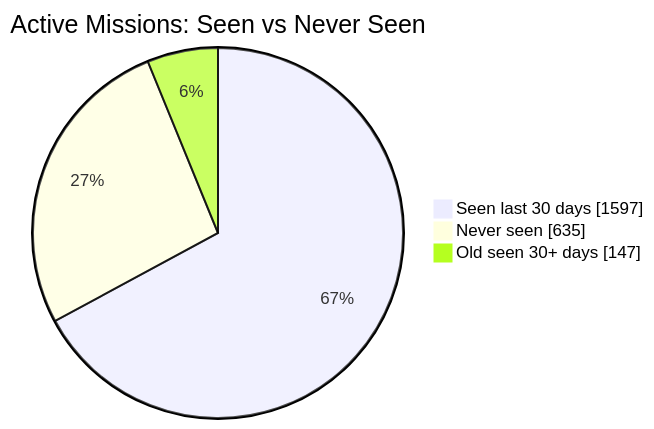
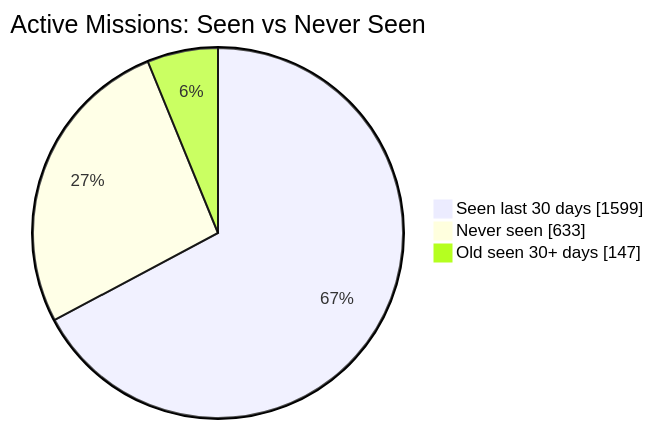
One commit to MeldkamerspelGameTeam/active-missions changed the first of 2 diagrams in README.md. Above: the diagram before and after it, drawn with Mermaid. The commit also changed other lines of this file and 2 other files, not shown here.

````diff
--- a/README.md
+++ b/README.md
@@ -34,7 +34,7 @@
 ```mermaid
 pie showData
     title Active Missions: Seen vs Never Seen
-    "Seen last 30 days" : 1597
-    "Never seen" : 635
+    "Seen last 30 days" : 1599
+    "Never seen" : 633
     "Old seen 30+ days" : 147
 ```
````
